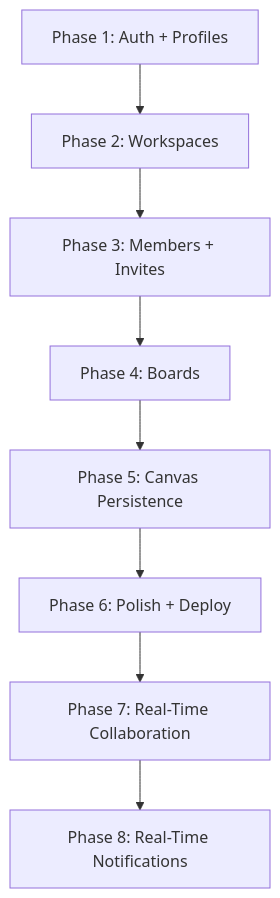
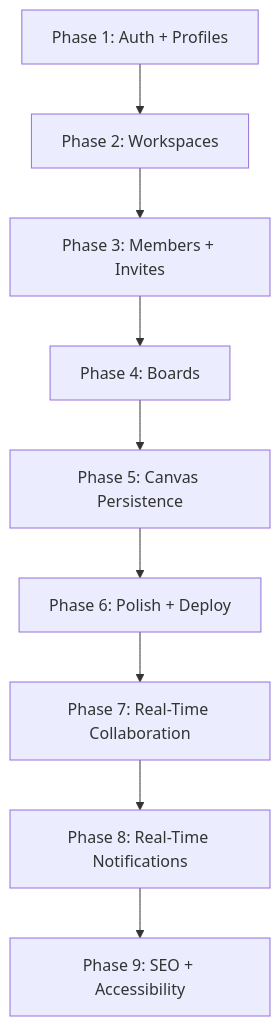
One commit to tushar-180/WhiteBoardSaaS2 changed the first of 2 diagrams in docs/PHASES.md. Above: the diagram before and after it, drawn with Mermaid. The commit also changed other lines of this file and 3 other files, not shown here.

Commit message:
docs: add Stage 9 for SEO, accessibility, and codebase improvements and update stack references

````diff
--- a/docs/PHASES.md
+++ b/docs/PHASES.md
@@ -26,10 +26,11 @@
 ```mermaid
 graph TD
     P1[Phase 1: Auth + Profiles] --> P2[Phase 2: Workspaces]
     P2 --> P3[Phase 3: Members + Invites]
     P3 --> P4[Phase 4: Boards]
     P4 --> P5[Phase 5: Canvas Persistence]
     P5 --> P6[Phase 6: Polish + Deploy]
     P6 --> P7[Phase 7: Real-Time Collaboration]
     P7 --> P8[Phase 8: Real-Time Notifications]
+    P8 --> P9[Phase 9: SEO + Accessibility]
 ```
````
